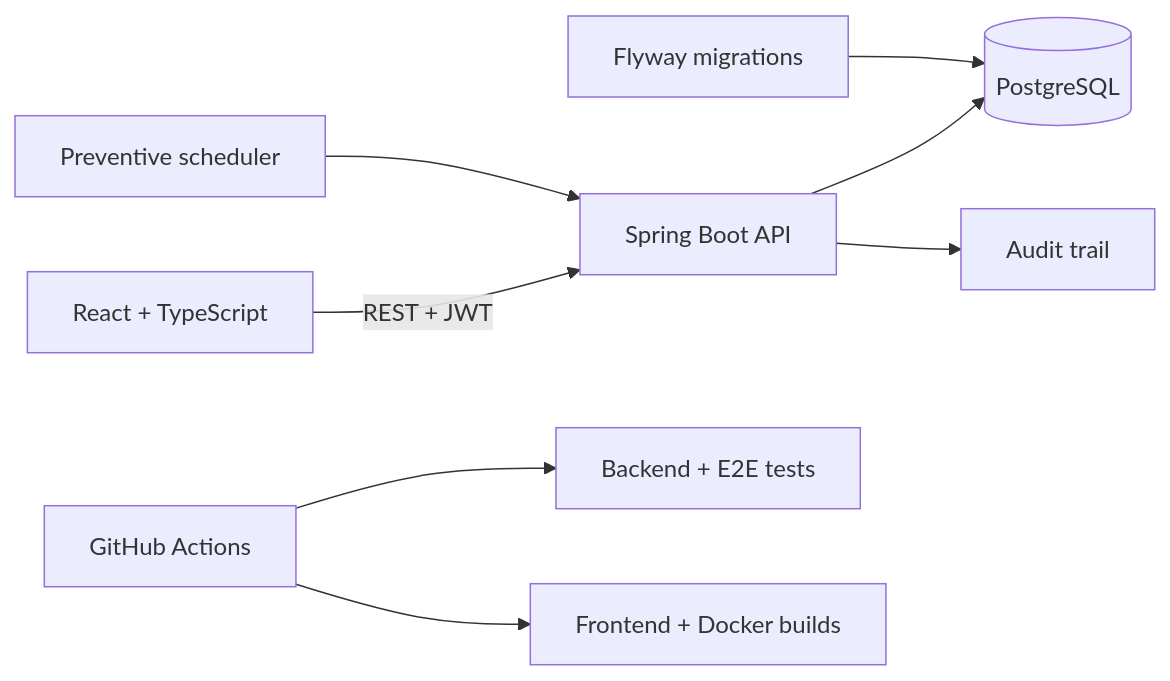
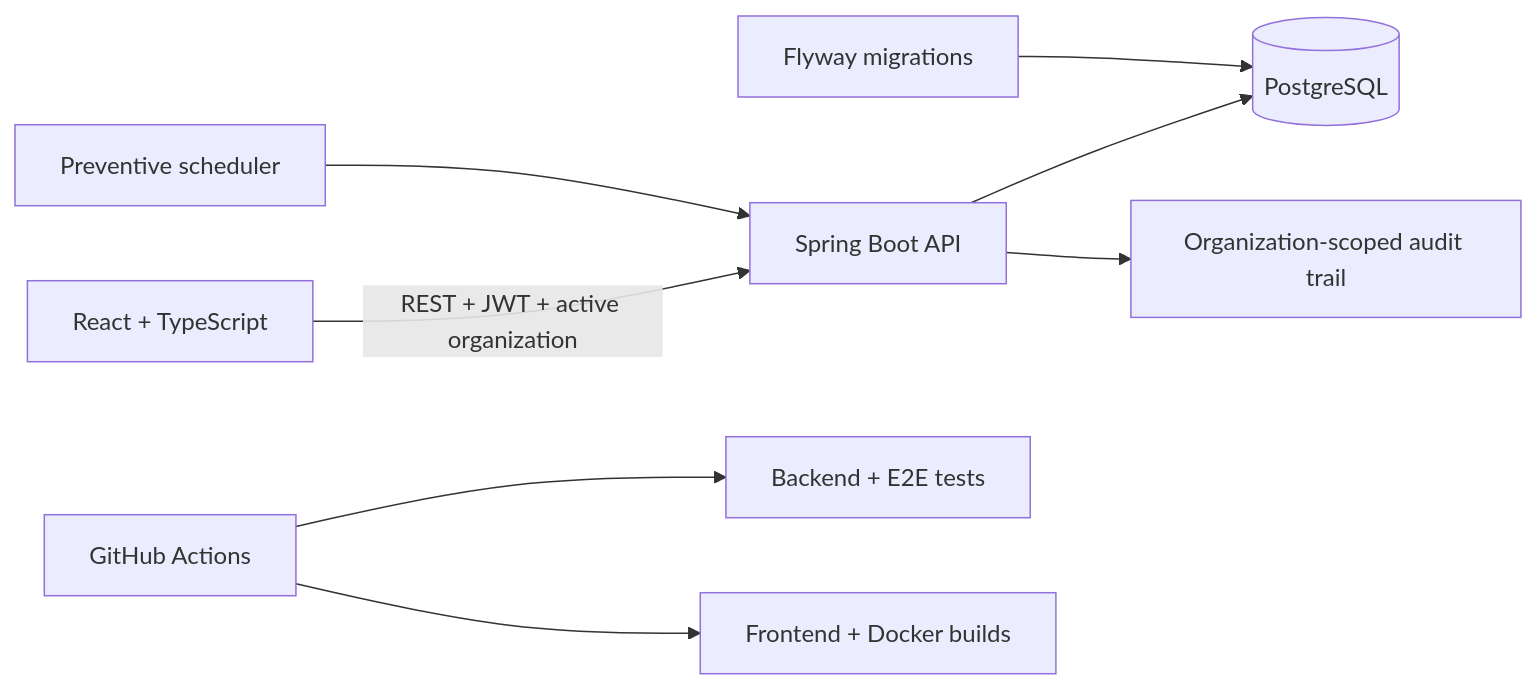
Before and after one commit to SamaraKonkol/LinePulse: the diagram in README.md, drawn with Mermaid. The commit also changed other lines of this file, not shown here.

````diff
--- a/README.md
+++ b/README.md
@@ -47,10 +47,10 @@
 ```mermaid
 flowchart LR
-    WEB[React + TypeScript] -->|REST + JWT| API[Spring Boot API]
+    WEB[React + TypeScript] -->|REST + JWT + active organization| API[Spring Boot API]
     API --> DB[(PostgreSQL)]
-    API --> AUDIT[Audit trail]
+    API --> AUDIT[Organization-scoped audit trail]
     SCHED[Preventive scheduler] --> API
     FLYWAY[Flyway migrations] --> DB
     CI[GitHub Actions] --> TESTS[Backend + E2E tests]
     CI --> BUILD[Frontend + Docker builds]
 ```
````
